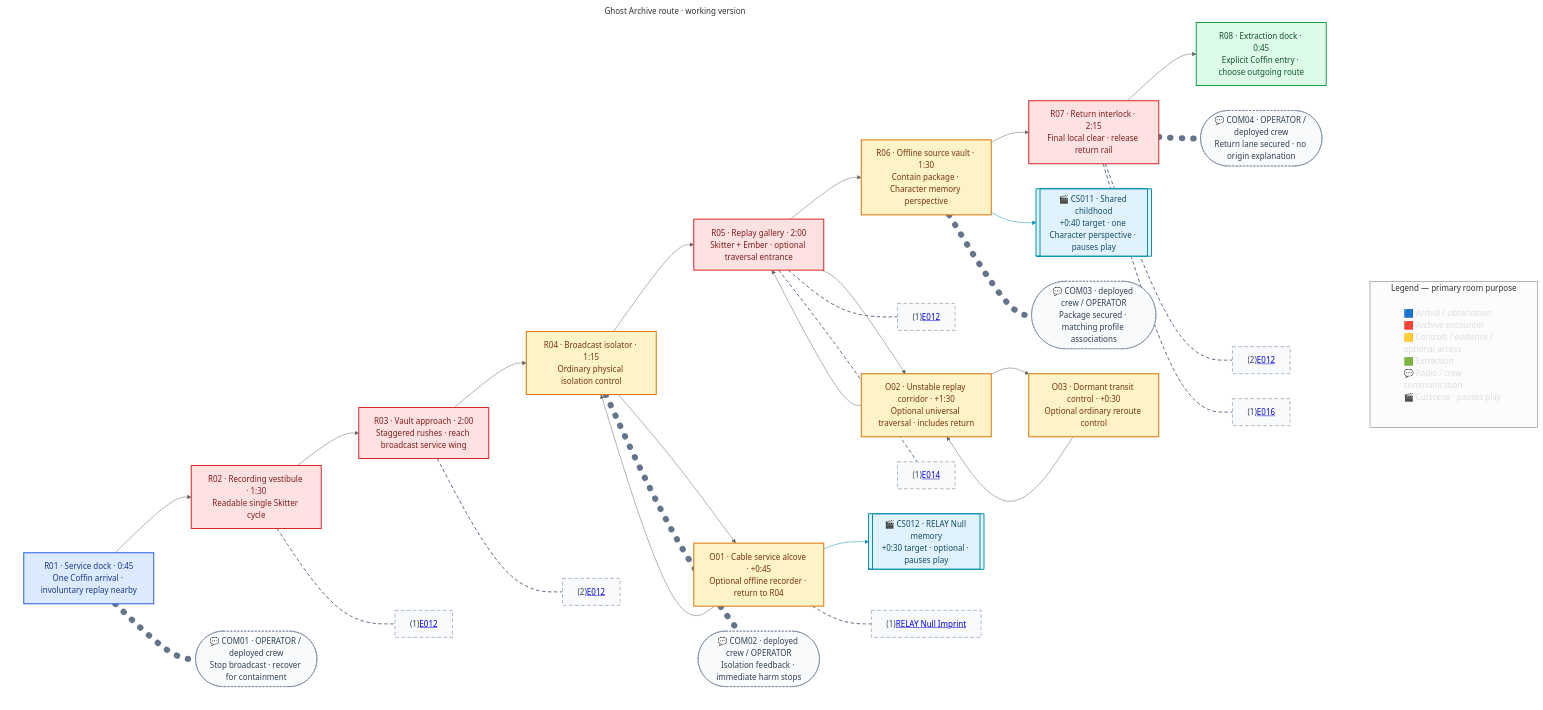
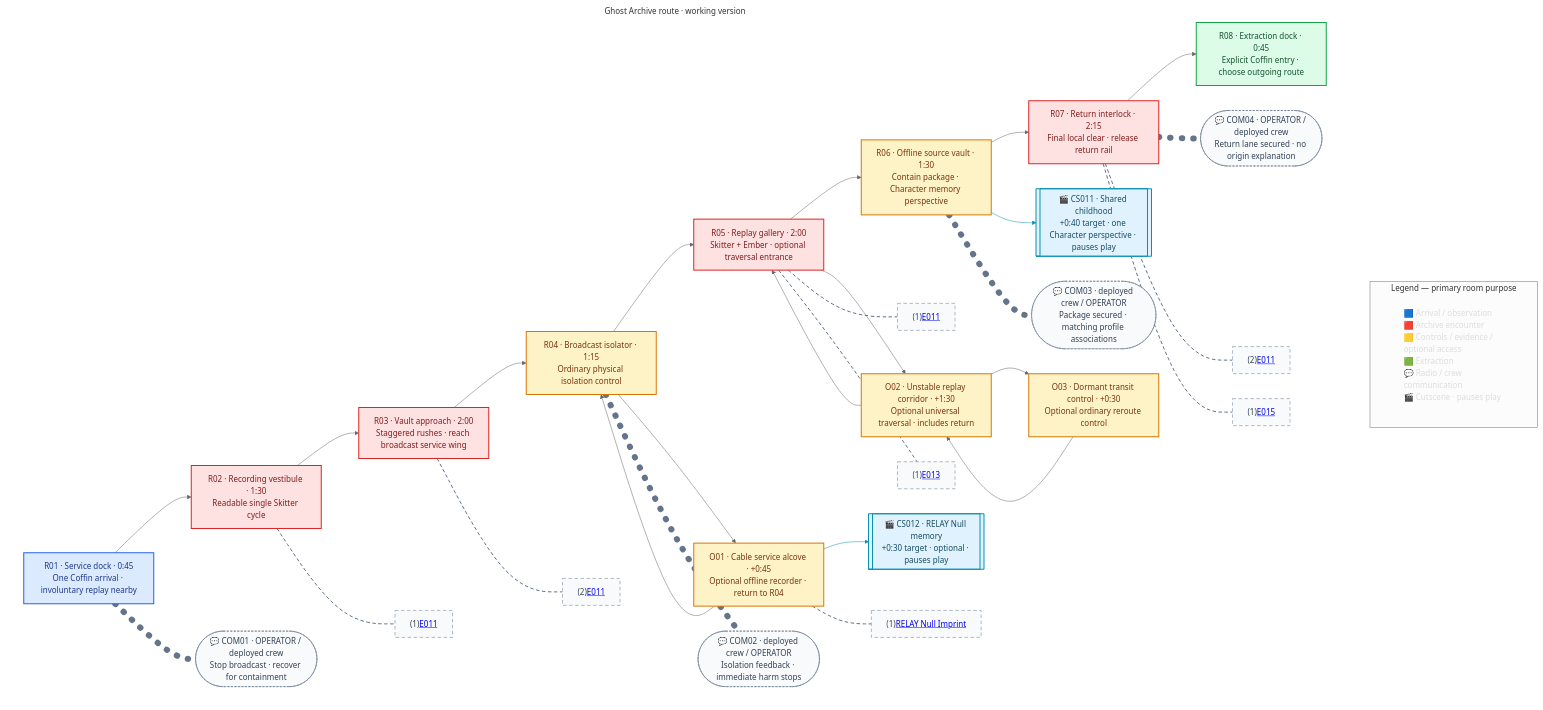
The diagram in missions/ma01.md (justgook/imprint-zero), drawn with Mermaid (neutral theme) before and after one commit. The commit also changed other lines of this file and 22 other files, not shown here.

````diff
--- a/missions/ma01.md
+++ b/missions/ma01.md
@@ -33,61 +33,61 @@
 ```mermaid
 flowchart TB
     subgraph Legend[Legend — primary room purpose]
         L["🟦 Arrival / observation<br/>🟥 Archive encounter<br/>🟨 Controls / evidence / optional access<br/>🟩 Extraction<br/>💬 Radio / crew communication<br/>🎬 Cutscene · pauses play"]
     end
     subgraph Route[Ghost Archive route · working version]
         direction LR
         R01["R01 · Service dock · 0:45<br/>One Coffin arrival · involuntary replay nearby"] --> R02["R02 · Recording vestibule · 1:30<br/>Readable single Skitter cycle"]
         R02 --> R03["R03 · Vault approach · 2:00<br/>Staggered rushes · reach broadcast service wing"]
         R03 --> R04["R04 · Broadcast isolator · 1:15<br/>Ordinary physical isolation control"]
         R04 --> R05["R05 · Replay gallery · 2:00<br/>Skitter + Ember · optional traversal entrance"]
         R05 --> R06["R06 · Offline source vault · 1:30<br/>Contain package · Character memory perspective"]
         R06 --> R07["R07 · Return interlock · 2:15<br/>Final local clear · release return rail"]
         R07 --> R08["R08 · Extraction dock · 0:45<br/>Explicit Coffin entry · choose outgoing route"]
 
         R04 --> O01["O01 · Cable service alcove · +0:45<br/>Optional offline recorder · return to R04"]
         O01 --> R04
         R05 --> O02["O02 · Unstable replay corridor · +1:30<br/>Optional universal traversal · includes return"]
         O02 --> O03["O03 · Dormant transit control · +0:30<br/>Optional ordinary reroute control"]
         O03 --> O02
         O02 --> R05
 
         R06 --> CS011[["🎬 CS011 · Shared childhood<br/>+0:40 target · one Character perspective · pauses play"]]
         O01 --> CS012[["🎬 CS012 · RELAY Null memory<br/>+0:30 target · optional · pauses play"]]
         click CS011 href "#/cutscenes/cs011"
         click CS012 href "#/cutscenes/cs012"
 
         R01 -.- COM01(["💬 COM01 · OPERATOR / deployed crew<br/>Stop broadcast · recover for containment"])
         R04 -.- COM02(["💬 COM02 · deployed crew / OPERATOR<br/>Isolation feedback · immediate harm stops"])
         R06 -.- COM03(["💬 COM03 · deployed crew / OPERATOR<br/>Package secured · matching profile associations"])
         R07 -.- COM04(["💬 COM04 · OPERATOR / deployed crew<br/>Return lane secured · no origin explanation"])
 
-        R02 -.- C02["(1)<a href='#/enemies/e012'>E012</a>"]
-        R03 -.- C03["(2)<a href='#/enemies/e012'>E012</a>"]
-        R05 -.- C05S["(1)<a href='#/enemies/e012'>E012</a>"]
-        R05 -.- C05E["(1)<a href='#/enemies/e014'>E014</a>"]
-        R07 -.- C07S["(2)<a href='#/enemies/e012'>E012</a>"]
-        R07 -.- C07A["(1)<a href='#/enemies/e016'>E016</a>"]
+        R02 -.- C02["(1)<a href='#/enemies/e011'>E011</a>"]
+        R03 -.- C03["(2)<a href='#/enemies/e011'>E011</a>"]
+        R05 -.- C05S["(1)<a href='#/enemies/e011'>E011</a>"]
+        R05 -.- C05E["(1)<a href='#/enemies/e013'>E013</a>"]
+        R07 -.- C07S["(2)<a href='#/enemies/e011'>E011</a>"]
+        R07 -.- C07A["(1)<a href='#/enemies/e015'>E015</a>"]
         O01 -.- CO1["(1)<a href='#/imprints/relay-null'>RELAY Null Imprint</a>"]
     end
     classDef arrival fill:#dbeafe,stroke:#2563eb,color:#1e3a8a,stroke-width:2px;
     classDef combat fill:#fee2e2,stroke:#dc2626,color:#7f1d1d,stroke-width:2px;
     classDef objective fill:#fef3c7,stroke:#d97706,color:#78350f,stroke-width:2px;
     classDef exit fill:#dcfce7,stroke:#16a34a,color:#14532d,stroke-width:2px;
     classDef communication fill:#f8fafc,stroke:#64748b,color:#334155,stroke-width:1px,stroke-dasharray:4 3;
     classDef cutscene fill:#e0f2fe,stroke:#0891b2,color:#164e63,stroke-width:2px;
     classDef roomContent fill:#f8fafc,stroke:#64748b,color:#334155,stroke-width:1px,stroke-dasharray:7 5;
     classDef legend fill:none,stroke:none,color:#ddd,text-align:left;
     class R01 arrival;
     class R02,R03,R05,R07 combat;
     class R04,R06,O01,O02,O03 objective;
     class R08 exit;
     class COM01,COM02,COM03,COM04 communication;
     class CS011,CS012 cutscene;
     class C02,C03,C05S,C05E,C07S,C07A,CO1 roomContent;
     class L legend;
     linkStyle 13,14 stroke:#0891b2,stroke-width:1px;
     linkStyle 15,16,17,18 stroke:#64748b,stroke-width:12px,stroke-dasharray:1 22,stroke-linecap:round;
     linkStyle 19,20,21,22,23,24,25 stroke:#64748b,stroke-width:2px,stroke-dasharray:7 5;
     style Route fill:none,stroke:none;
 ```
````
